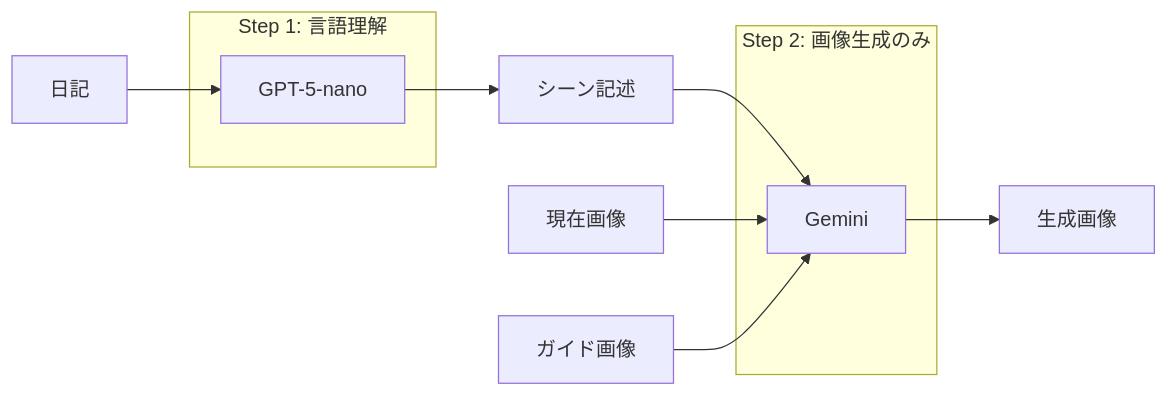
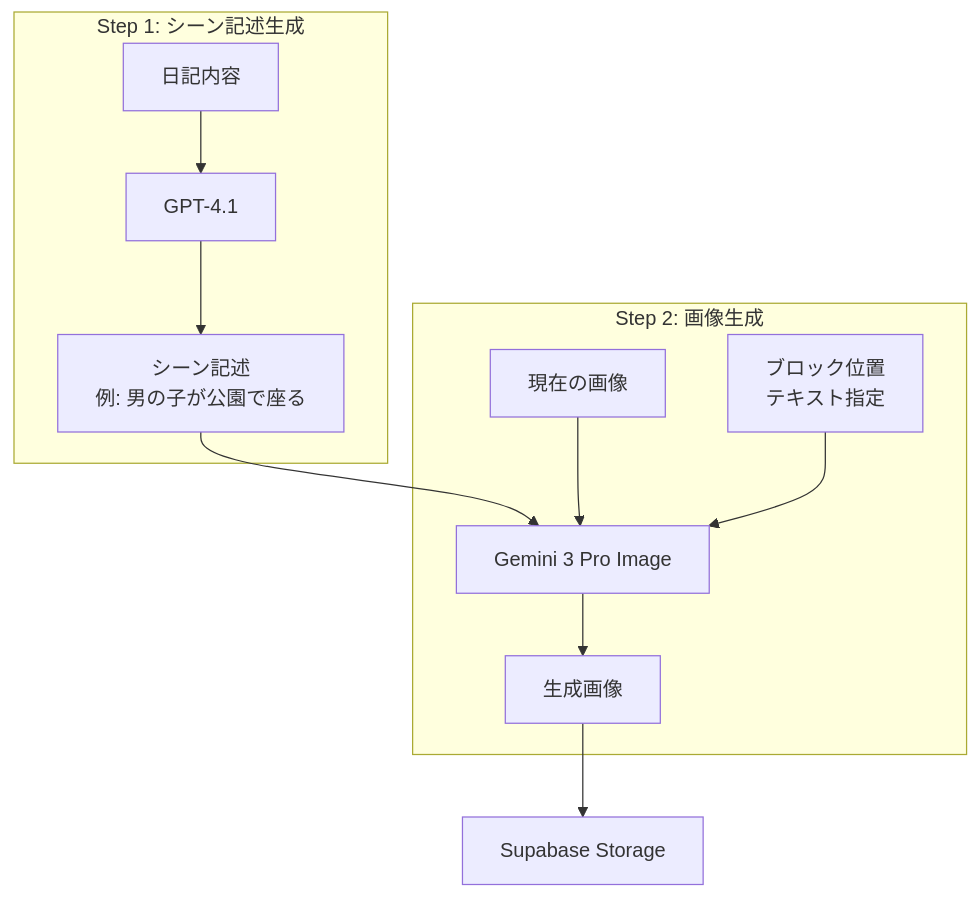
The first of 3 diagrams in apps/worker/docs/image-generation-workflow.md (p2hacks2025/pre-03), drawn with Mermaid before and after one commit. The commit also changed other lines of this file and 8 other files, not shown here.

````diff
--- a/apps/worker/docs/image-generation-workflow.md
+++ b/apps/worker/docs/image-generation-workflow.md
@@ -31,17 +9,16 @@
 ```mermaid
-flowchart LR
-    A[日記] --> B[GPT-5-nano]
-    B --> C[シーン記述]
-    C --> D[Gemini]
-    E[現在画像] --> D
-    F[ガイド画像] --> D
-    D --> G[生成画像]
-
-    subgraph "Step 1: 言語理解"
-        B
+flowchart TB
+    subgraph Step1[Step 1: シーン記述生成]
+        diary[日記内容] --> GPT[GPT-4.1]
+        GPT --> scene[シーン記述<br/>例: 男の子が公園で座る]
     end
 
-    subgraph "Step 2: 画像生成のみ"
-        D
+    subgraph Step2[Step 2: 画像生成]
+        scene --> Gemini[Gemini 3 Pro Image]
+        currentImg[現在の画像] --> Gemini
+        position[ブロック位置<br/>テキスト指定] --> Gemini
+        Gemini --> newImg[生成画像]
     end
+
+    newImg --> storage[Supabase Storage]
 ```
````
